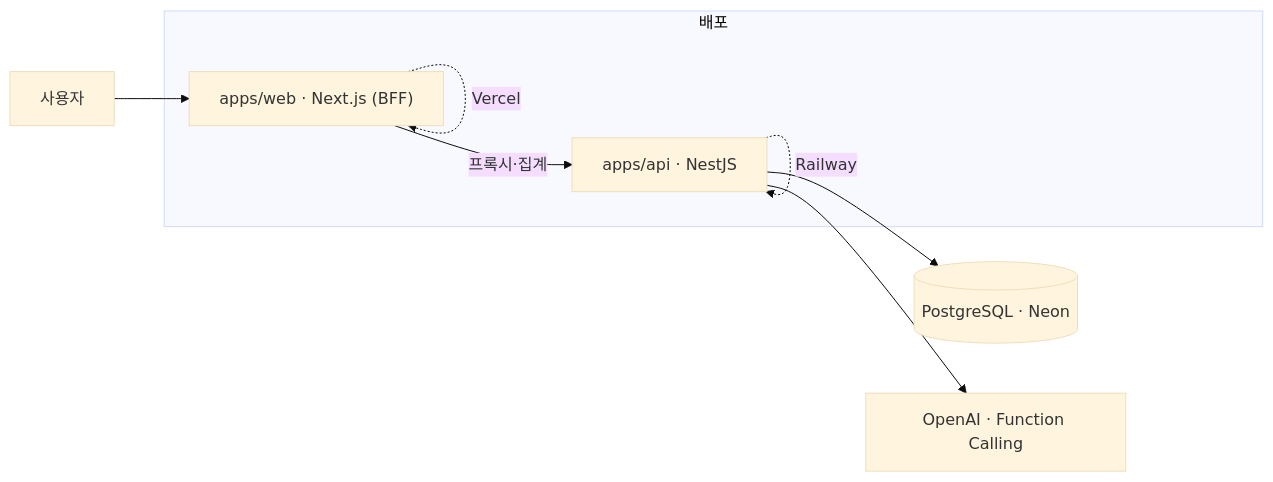
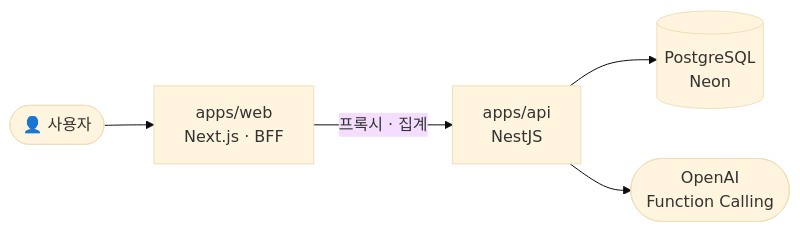
The diagram in README.md (smnm1998/fit-fo-yo), drawn with Mermaid (base theme) before and after one commit. The commit also changed other lines of this file, not shown here.

````diff
--- a/README.md
+++ b/README.md
@@ -62,12 +54,7 @@
 ```mermaid
 flowchart LR
-  U[사용자] --> Web["apps/web · Next.js (BFF)"]
-  Web -->|프록시·집계| API["apps/api · NestJS"]
-  API --> DB[("PostgreSQL · Neon")]
-  API --> OA["OpenAI · Function Calling"]
-
-  subgraph 배포
-    Web -. Vercel .-> Web
-    API -. Railway .-> API
-  end
+  U([👤 사용자]) --> Web["apps/web<br/>Next.js · BFF"]
+  Web -->|프록시 · 집계| API["apps/api<br/>NestJS"]
+  API --> DB[("PostgreSQL<br/>Neon")]
+  API --> OA(["OpenAI<br/>Function Calling"])
 ```
````
